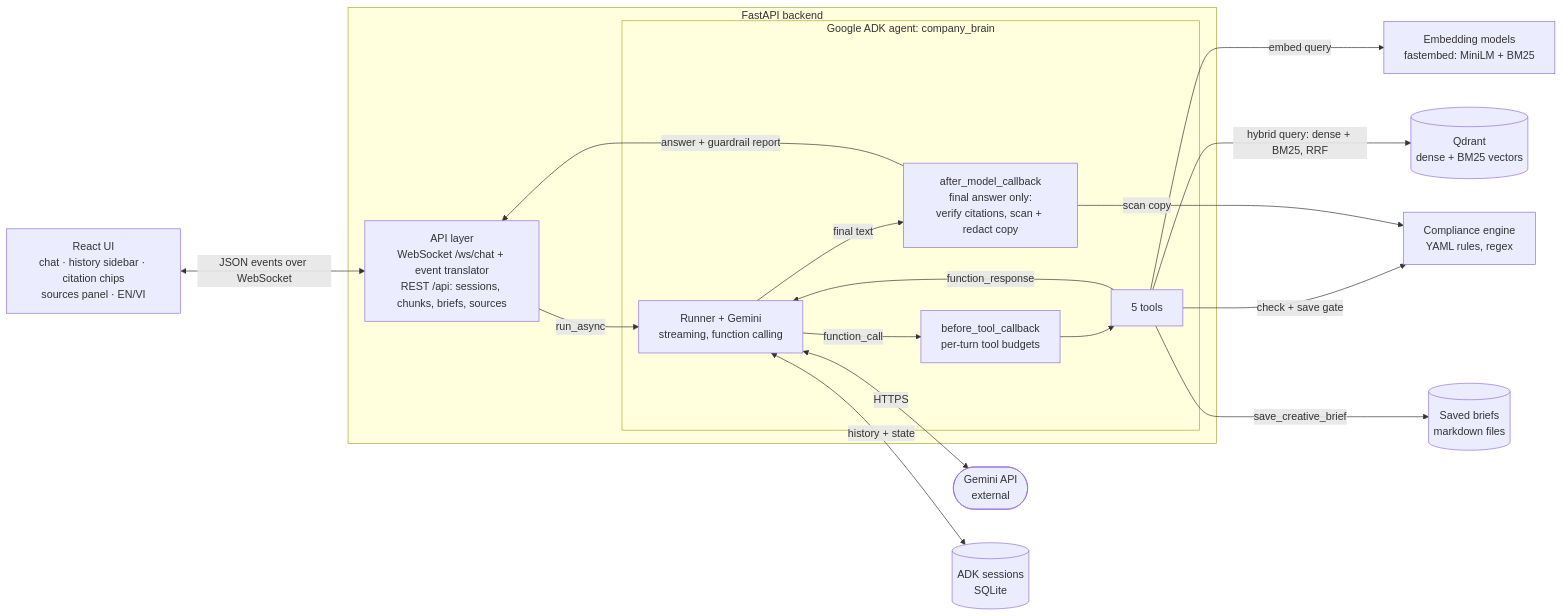
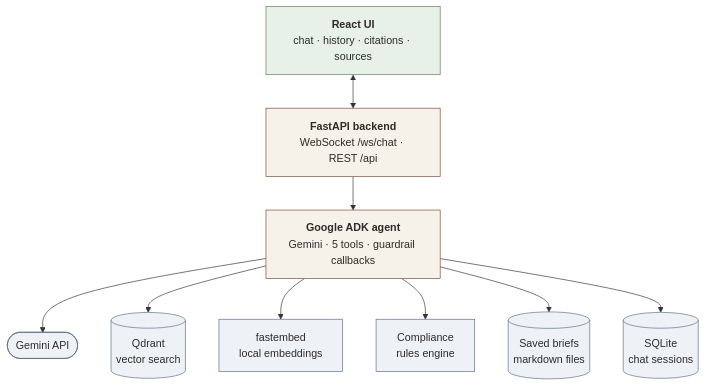
Before and after one commit to NguyenBaPhat/company-brain-rag-agent: the first of 5 diagrams in README.md, drawn with Mermaid. The commit also changed other lines of this file, not shown here.

Commit message:
docs: redraw README architecture diagrams
Replace the wide, tangled component diagram with a narrow top-down system
overview (plus a link table), a small diagram of the agent loop with its two
guardrail callbacks, and a compact ingestion pipeline. Keeps the sequence and
deployment diagrams. All diagrams checked to render at GitHub's content width.

````diff
--- a/README.md
+++ b/README.md
@@ -42,35 +42,29 @@
 ```mermaid
-flowchart LR
-  UI["React UI<br/>chat · history sidebar · citation chips<br/>sources panel · EN/VI"]
+flowchart TB
+  UI["<b>React UI</b><br/>chat · history · citations · sources"]
+  API["<b>FastAPI backend</b><br/>WebSocket /ws/chat · REST /api"]
+  AGENT["<b>Google ADK agent</b><br/>Gemini · 5 tools · guardrail callbacks"]
 
-  subgraph Backend["FastAPI backend"]
-    API["API layer<br/>WebSocket /ws/chat + event translator<br/>REST /api: sessions, chunks, briefs, sources"]
-    subgraph ADK["Google ADK agent: company_brain"]
-      LLM["Runner + Gemini<br/>streaming, function calling"]
-      CBT["before_tool_callback<br/>per-turn tool budgets"]
-      TOOLS["5 tools"]
-      CBM["after_model_callback<br/>final answer only:<br/>verify citations, scan + redact copy"]
-    end
-  end
+  GEM(["Gemini API"])
+  QD[("Qdrant<br/>vector search")]
+  EMB["fastembed<br/>local embeddings"]
+  COMP["Compliance<br/>rules engine"]
+  BR[("Saved briefs<br/>markdown files")]
+  SESS[("SQLite<br/>chat sessions")]
 
-  GEM(["Gemini API<br/>external"])
-  SESS[("ADK sessions<br/>SQLite")]
-  QD[("Qdrant<br/>dense + BM25 vectors")]
-  EMB["Embedding models<br/>fastembed: MiniLM + BM25"]
-  COMP["Compliance engine<br/>YAML rules, regex"]
-  BR[("Saved briefs<br/>markdown files")]
+  UI <--> API
+  API --> AGENT
+  AGENT --> GEM
+  AGENT --> QD
+  AGENT --> EMB
+  AGENT --> COMP
+  AGENT --> BR
+  AGENT --> SESS
 
-  UI <-->|"JSON events over WebSocket"| API
-  API -->|"run_async"| LLM
-  LLM -->|"function_call"| CBT --> TOOLS
-  TOOLS -->|"function_response"| LLM
-  LLM -->|"final text"| CBM
-  CBM -->|"answer + guardrail report"| API
-  LLM <-->|"HTTPS"| GEM
-  LLM <-->|"history + state"| SESS
-  TOOLS -->|"embed query"| EMB
-  TOOLS -->|"hybrid query: dense + BM25, RRF"| QD
-  TOOLS -->|"check + save gate"| COMP
-  CBM -->|"scan copy"| COMP
-  TOOLS -->|"save_creative_brief"| BR
+  classDef front fill:#e8f1e8,stroke:#5f7a5e,color:#2e2b28
+  classDef back fill:#f6f1e9,stroke:#7a4b3a,color:#2e2b28
+  classDef store fill:#eef2f7,stroke:#5d6f86,color:#2e2b28
+  class UI front
+  class API,AGENT back
+  class GEM,QD,EMB,COMP,BR,SESS store
 ```
````
